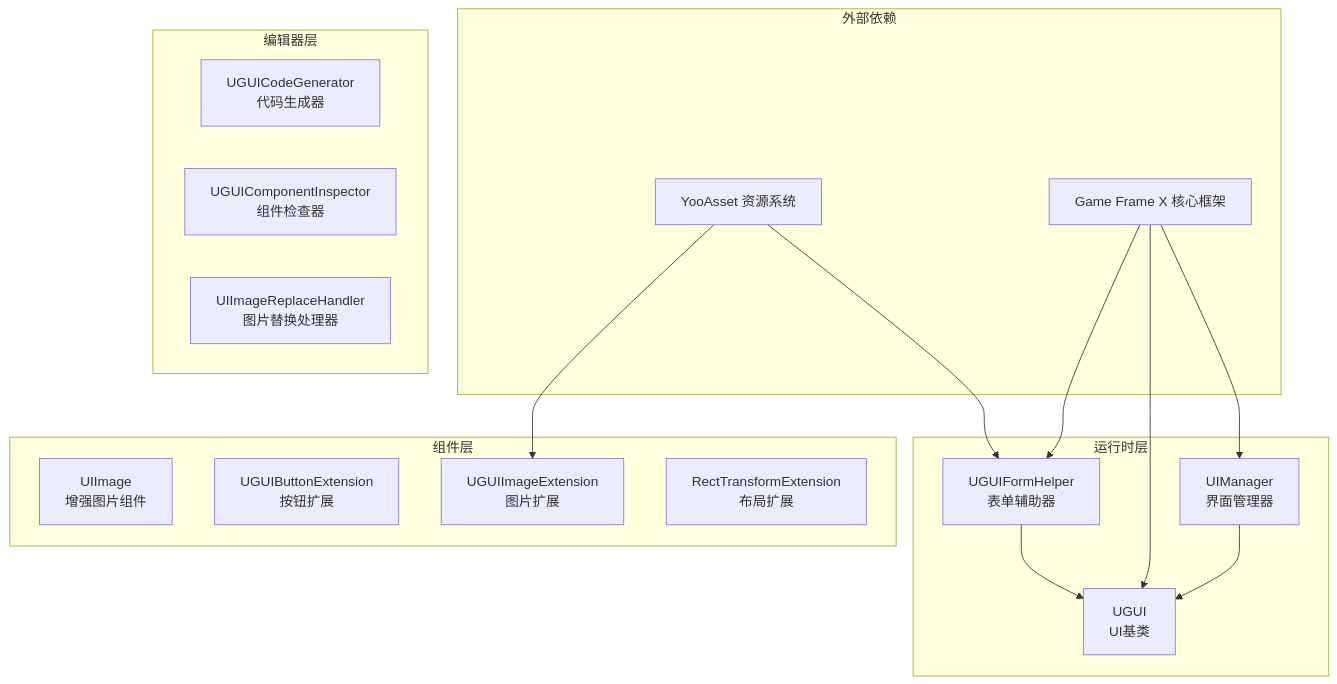
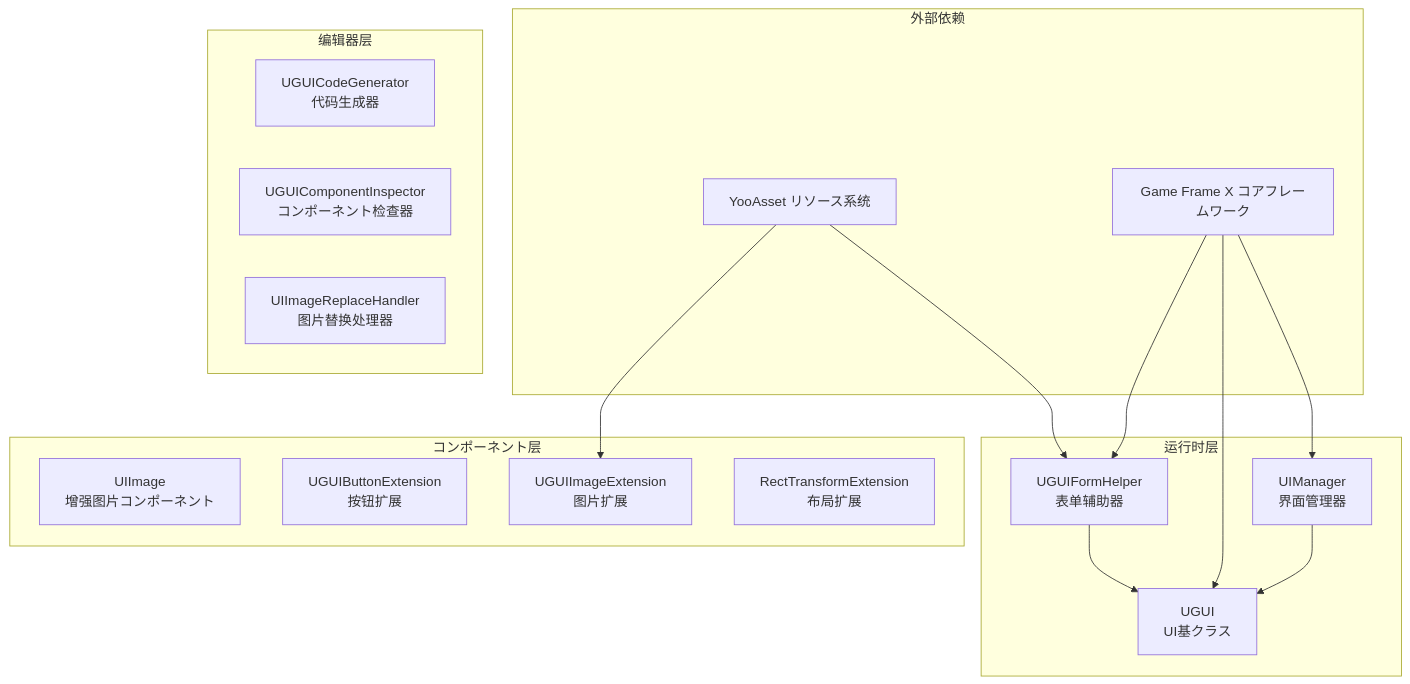
Before and after one commit to AlianBlank/GameFrameX.Docs: the first of 2 diagrams in docs/ja/client/unity/component/ui-ugui/01.overview.md, drawn with Mermaid. The commit also changed other lines of this file and 603 other files, not shown here.

````diff
--- a/docs/ja/client/unity/component/ui-ugui/01.overview.md
+++ b/docs/ja/client/unity/component/ui-ugui/01.overview.md
@@ -15,34 +15,34 @@
 ```mermaid
 graph TB
     subgraph External["外部依赖"]
-        YooAsset["YooAsset 资源系统"]
-        GameFrameXCore["Game Frame X 核心框架"]
+        YooAsset["YooAsset リソース系统"]
+        GameFrameXCore["Game Frame X コアフレームワーク"]
     end
 
     subgraph Runtime["运行时层"]
         UIManager["UIManager<br/>界面管理器"]
-        UGUI["UGUI<br/>UI基类"]
+        UGUI["UGUI<br/>UI基クラス"]
         UGUIFormHelper["UGUIFormHelper<br/>表单辅助器"]
     end
 
-    subgraph Components["组件层"]
-        UIImage["UIImage<br/>增强图片组件"]
+    subgraph Components["コンポーネント层"]
+        UIImage["UIImage<br/>增强图片コンポーネント"]
         UGUIButtonExtension["UGUIButtonExtension<br/>按钮扩展"]
         UGUIImageExtension["UGUIImageExtension<br/>图片扩展"]
         RectTransformExtension["RectTransformExtension<br/>布局扩展"]
     end
 
     subgraph Editor["编辑器层"]
         UGUICodeGenerator["UGUICodeGenerator<br/>代码生成器"]
-        UGUIComponentInspector["UGUIComponentInspector<br/>组件检查器"]
+        UGUIComponentInspector["UGUIComponentInspector<br/>コンポーネント检查器"]
         UIImageReplaceHandler["UIImageReplaceHandler<br/>图片替换处理器"]
     end
 
     YooAsset --> UGUIFormHelper
     YooAsset --> UGUIImageExtension
     GameFrameXCore --> UIManager
     GameFrameXCore --> UGUI
     GameFrameXCore --> UGUIFormHelper
     UIManager --> UGUI
     UGUIFormHelper --> UGUI
 ```
````
